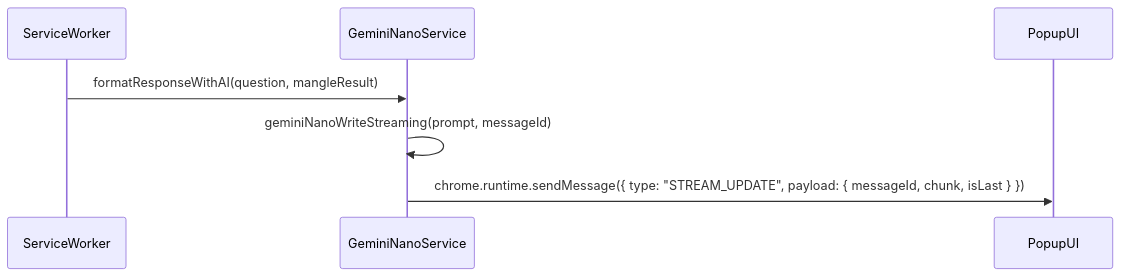
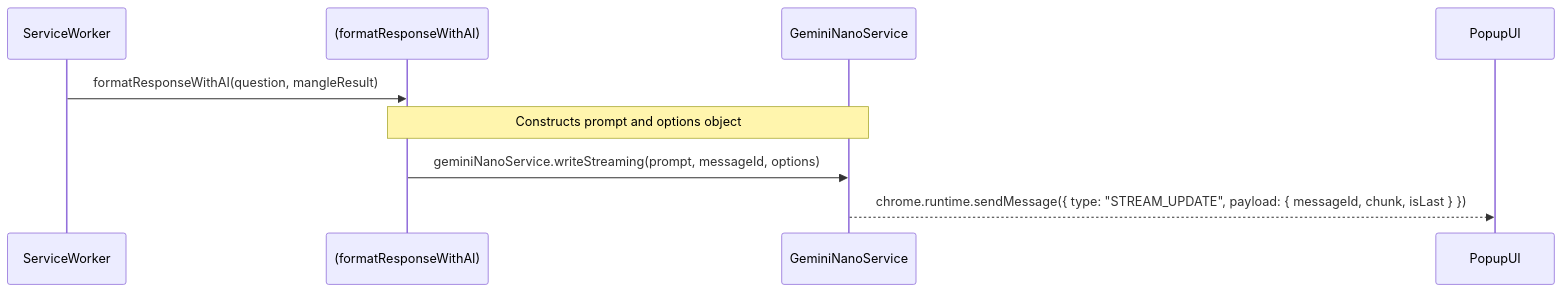
The second of 2 diagrams in GEMINI_API_FLOW.md (JordanScarrott/castor-chrome-extension), drawn with Mermaid before and after one commit. The commit also changed other lines of this file and 1 other file, not shown here.

First line of the commit message:
docs: Update Mermaid diagrams to reflect `GeminiNanoService` refactor

````diff
--- a/GEMINI_API_FLOW.md
+++ b/GEMINI_API_FLOW.md
@@ -55,10 +35,12 @@
 ```mermaid
 sequenceDiagram
     participant ServiceWorker
+    participant StandaloneFunctions as (formatResponseWithAI)
     participant GeminiNanoService
     participant PopupUI
 
-    ServiceWorker->>GeminiNanoService: formatResponseWithAI(question, mangleResult)
-    GeminiNanoService->>GeminiNanoService: geminiNanoWriteStreaming(prompt, messageId)
-    GeminiNanoService->>PopupUI: chrome.runtime.sendMessage({ type: "STREAM_UPDATE", payload: { messageId, chunk, isLast } })
+    ServiceWorker->>StandaloneFunctions: formatResponseWithAI(question, mangleResult)
+    Note over StandaloneFunctions,GeminiNanoService: Constructs prompt and options object
+    StandaloneFunctions->>GeminiNanoService: geminiNanoService.writeStreaming(prompt, messageId, options)
+    GeminiNanoService-->>PopupUI: chrome.runtime.sendMessage({ type: "STREAM_UPDATE", payload: { messageId, chunk, isLast } })
 ```
````
